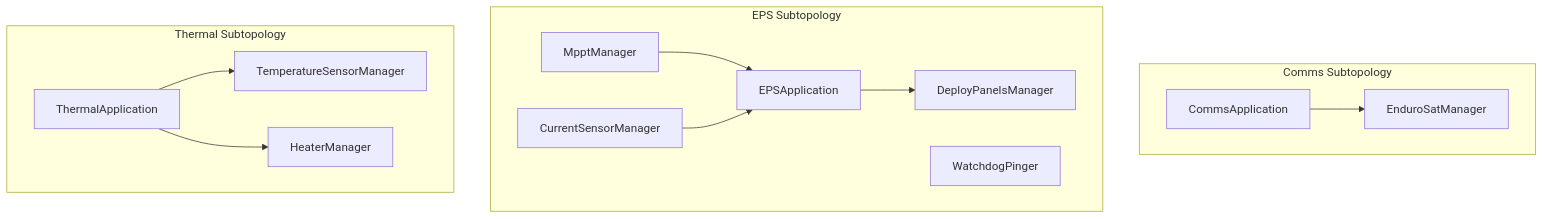
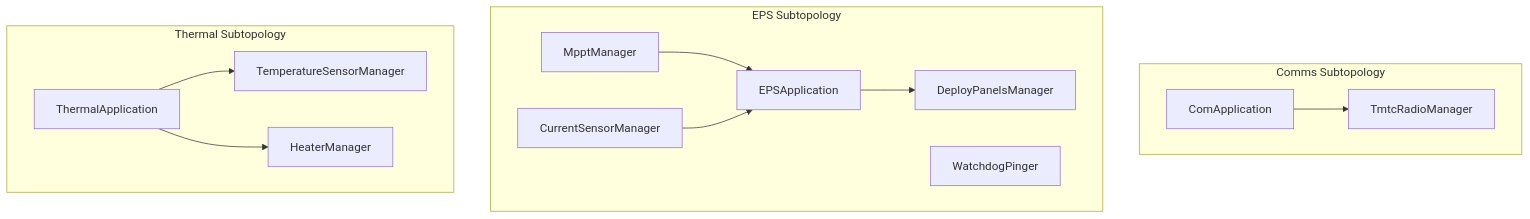
One commit to UWCubeSat/hs2-software-design changed the second of 8 diagrams in docs/sdd.md. Above: the diagram before and after it, drawn with Mermaid. The commit also changed other lines of this file and 4 other files, not shown here.

````diff
--- a/docs/sdd.md
+++ b/docs/sdd.md
@@ -356,27 +356,27 @@
 ```mermaid
 flowchart TB
     subgraph COMMS["Comms Subtopology"]
-        CommsApp["CommsApplication"]
-        ESM["EnduroSatManager"]
-        CommsApp --> ESM
+        CommsApp["ComApplication"]
+        TRM["TmtcRadioManager"]
+        CommsApp --> TRM
     end
 
     subgraph EPSSUB["EPS Subtopology"]
         EPSApp["EPSApplication"]
         Mppt["MpptManager"]
         Curr["CurrentSensorManager"]
         Watchdog["WatchdogPinger"]
         Deploy["DeployPanelsManager"]
         Mppt --> EPSApp
         Curr --> EPSApp
         EPSApp --> Deploy
     end
 
     subgraph THERM["Thermal Subtopology"]
         ThermApp["ThermalApplication"]
         TempSensor["TemperatureSensorManager"]
         Heater["HeaterManager"]
         ThermApp --> TempSensor
         ThermApp --> Heater
     end
 ```
````
